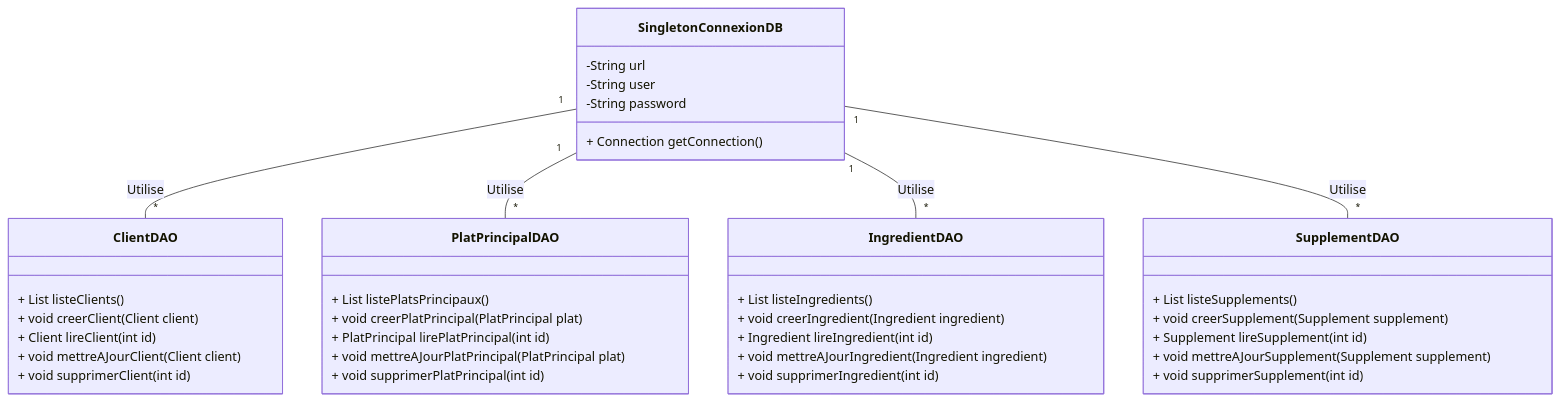
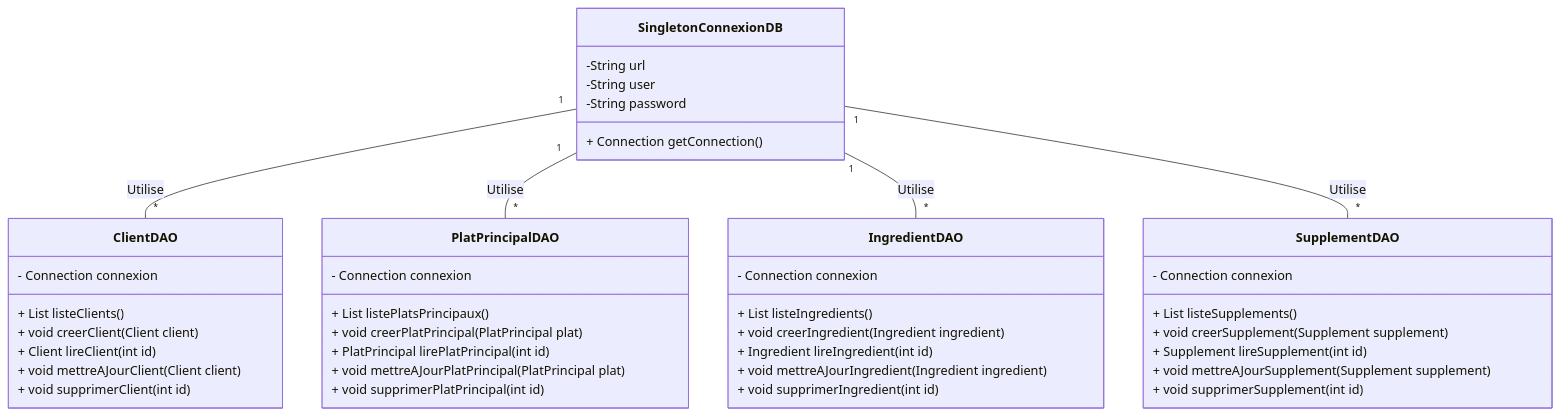
The second of 3 diagrams in README.md (YahyaGhallali/Examen-Java-2425), drawn with Mermaid before and after one commit. The commit also changed other lines of this file and 2 other files, not shown here.

````diff
--- a/README.md
+++ b/README.md
@@ -61,47 +61,50 @@
 ```mermaid
 classDiagram
     class ClientDAO {
+        - Connection connexion
         + List<Client> listeClients()
         + void creerClient(Client client)
         + Client lireClient(int id)
         + void mettreAJourClient(Client client)
         + void supprimerClient(int id)
     }
 
     class PlatPrincipalDAO {
+        - Connection connexion
         + List<PlatPrincipal> listePlatsPrincipaux()
         + void creerPlatPrincipal(PlatPrincipal plat)
         + PlatPrincipal lirePlatPrincipal(int id)
         + void mettreAJourPlatPrincipal(PlatPrincipal plat)
         + void supprimerPlatPrincipal(int id)
     }
 
     class IngredientDAO {
+        - Connection connexion
         + List<Ingredient> listeIngredients()
         + void creerIngredient(Ingredient ingredient)
         + Ingredient lireIngredient(int id)
         + void mettreAJourIngredient(Ingredient ingredient)
         + void supprimerIngredient(int id)
     }
 
-
     class SupplementDAO {
+        - Connection connexion
         + List<Supplement> listeSupplements()
         + void creerSupplement(Supplement supplement)
         + Supplement lireSupplement(int id)
         + void mettreAJourSupplement(Supplement supplement)
         + void supprimerSupplement(int id)
     }
-    
+
     class SingletonConnexionDB {
         -String url
         -String user
         -String password
         + Connection getConnection()
     }
-    
+
     SingletonConnexionDB "1" -- "*" ClientDAO: Utilise
     SingletonConnexionDB "1" -- "*" PlatPrincipalDAO: Utilise
     SingletonConnexionDB "1" -- "*" IngredientDAO: Utilise
     SingletonConnexionDB "1" -- "*" SupplementDAO: Utilise
 ```
````
